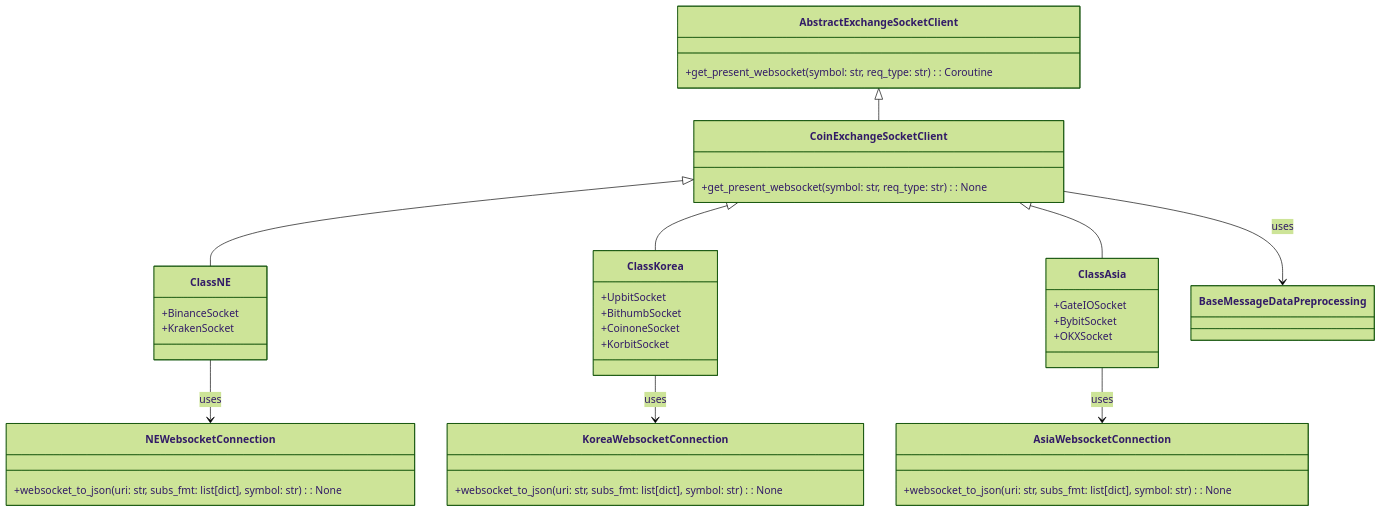
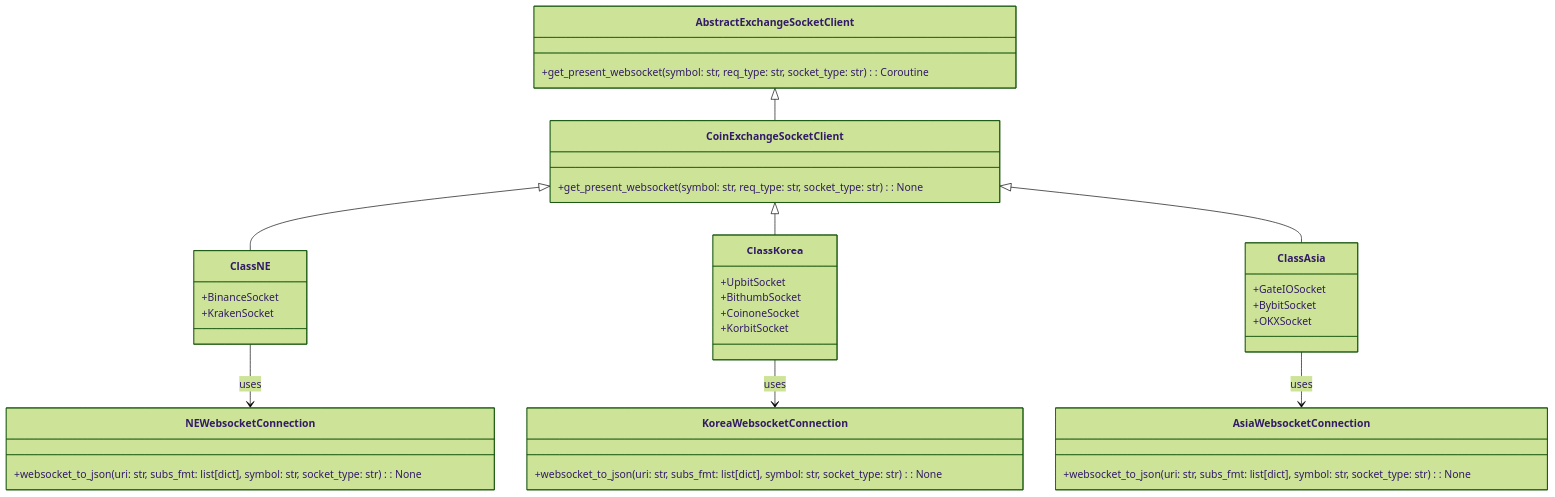
One commit to MajorShareholderClub/ExchangePipeline changed the second of 2 diagrams in protocols/readme.md. Above: the diagram before and after it, drawn with Mermaid (forest theme). The commit also changed 2 other files, not shown here.

Commit message:
sytle: readme, 가독성개선

````diff
--- a/protocols/readme.md
+++ b/protocols/readme.md
@@ -37,42 +37,41 @@
 ```mermaid      
 classDiagram
     class AbstractExchangeSocketClient {
-        +get_present_websocket(symbol: str, req_type: str): Coroutine
+        +get_present_websocket(symbol: str, req_type: str, socket_type: str): Coroutine
     }
     class CoinExchangeSocketClient {
-        +get_present_websocket(symbol: str, req_type: str): None
+        +get_present_websocket(symbol: str, req_type: str, socket_type: str): None
     }
     class NEWebsocketConnection {
-        +websocket_to_json(uri: str, subs_fmt: list[dict], symbol: str): None
+        +websocket_to_json(uri: str, subs_fmt: list[dict], symbol: str, socket_type: str): None
     }
     class KoreaWebsocketConnection {
-        +websocket_to_json(uri: str, subs_fmt: list[dict], symbol: str): None
+        +websocket_to_json(uri: str, subs_fmt: list[dict], symbol: str, socket_type: str): None
     }
     class AsiaWebsocketConnection {
-        +websocket_to_json(uri: str, subs_fmt: list[dict], symbol: str): None
+        +websocket_to_json(uri: str, subs_fmt: list[dict], symbol: str, socket_type: str): None
     }
     class ClassNE {
         +BinanceSocket
         +KrakenSocket
     }
     class ClassKorea {
         +UpbitSocket
         +BithumbSocket
         +CoinoneSocket
         +KorbitSocket
     }
     class ClassAsia {
         +GateIOSocket
         +BybitSocket
         +OKXSocket
     }
 
     AbstractExchangeSocketClient <|-- CoinExchangeSocketClient
     CoinExchangeSocketClient <|-- ClassNE
     CoinExchangeSocketClient <|-- ClassKorea
     CoinExchangeSocketClient <|-- ClassAsia
-    CoinExchangeSocketClient --> BaseMessageDataPreprocessing : uses
     ClassNE --> NEWebsocketConnection : uses
     ClassKorea --> KoreaWebsocketConnection : uses
     ClassAsia --> AsiaWebsocketConnection : uses
 ```
````
